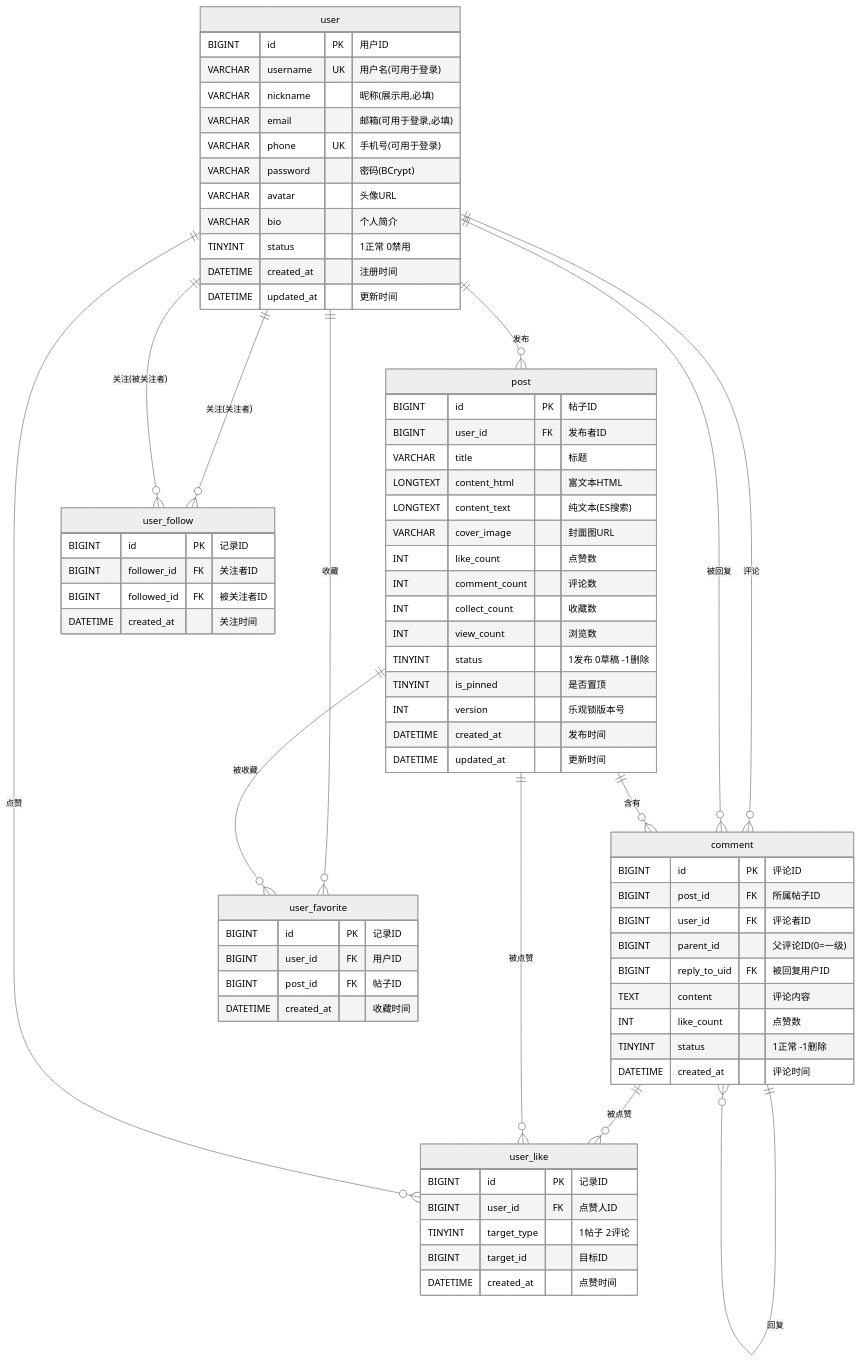
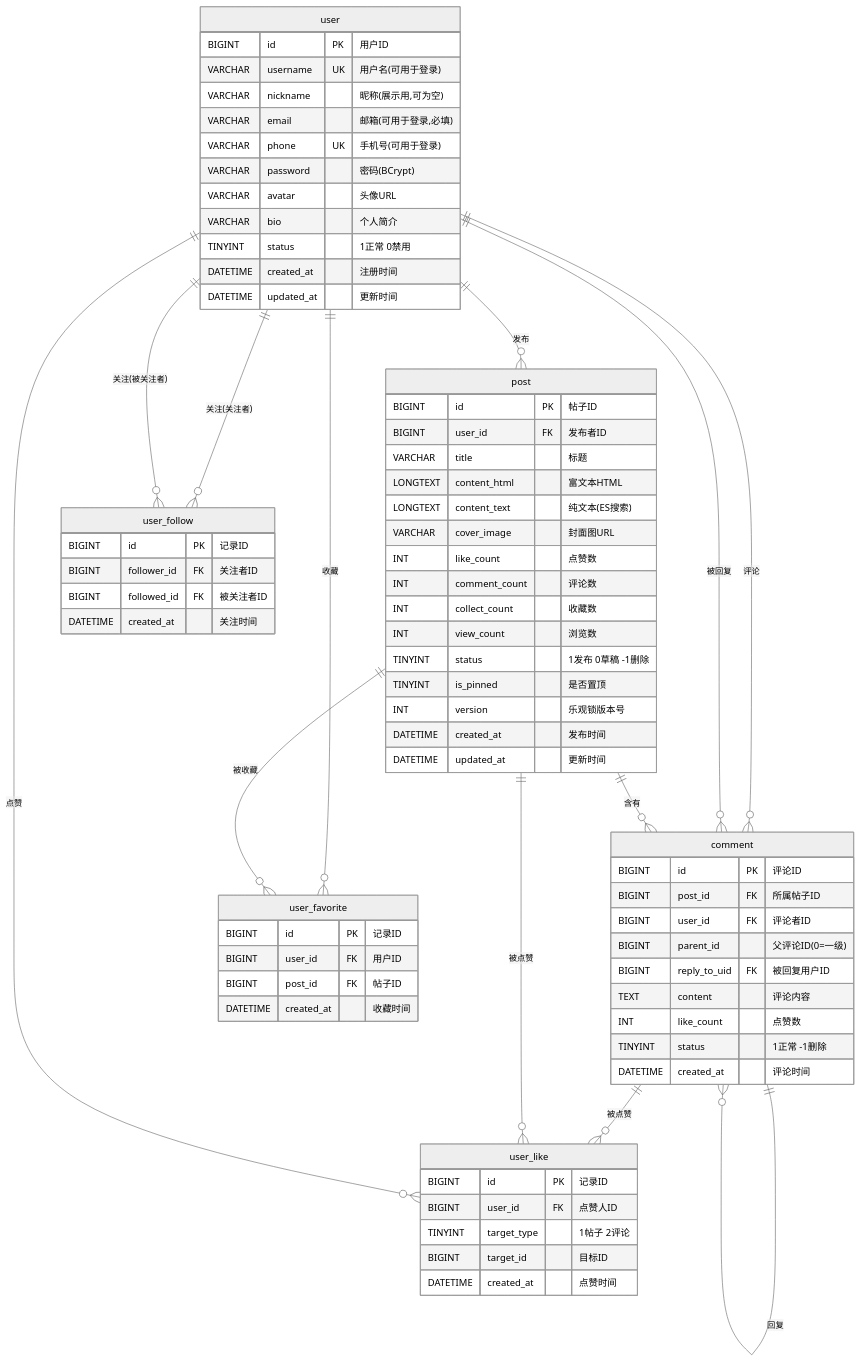
The diagram in docs/03-database-design.md (taciturn-hg/EchoSpace), drawn with Mermaid (neutral theme) before and after one commit. The commit also changed other lines of this file and 13 other files, not shown here.

````diff
--- a/docs/03-database-design.md
+++ b/docs/03-database-design.md
@@ -223,81 +223,81 @@
 ```mermaid
 erDiagram
     user ||--o{ post : "发布"
     user ||--o{ comment : "评论"
     user ||--o{ user_favorite : "收藏"
     user ||--o{ user_follow : "关注(关注者)"
     user ||--o{ user_follow : "关注(被关注者)"
     user ||--o{ comment : "被回复"
     post ||--o{ comment : "含有"
     post ||--o{ user_favorite : "被收藏"
     comment ||--o{ comment : "回复"
     comment ||--o{ user_like : "被点赞"
     post ||--o{ user_like : "被点赞"
     user ||--o{ user_like : "点赞"
 
     user {
         BIGINT id PK "用户ID"
         VARCHAR username UK "用户名(可用于登录)"
-        VARCHAR nickname "昵称(展示用,必填)"
+        VARCHAR nickname "昵称(展示用,可为空)"
         VARCHAR email "邮箱(可用于登录,必填)"
         VARCHAR phone UK "手机号(可用于登录)"
         VARCHAR password "密码(BCrypt)"
         VARCHAR avatar "头像URL"
         VARCHAR bio "个人简介"
         TINYINT status "1正常 0禁用"
         DATETIME created_at "注册时间"
         DATETIME updated_at "更新时间"
     }
 
     post {
         BIGINT id PK "帖子ID"
         BIGINT user_id FK "发布者ID"
         VARCHAR title "标题"
         LONGTEXT content_html "富文本HTML"
         LONGTEXT content_text "纯文本(ES搜索)"
         VARCHAR cover_image "封面图URL"
         INT like_count "点赞数"
         INT comment_count "评论数"
         INT collect_count "收藏数"
         INT view_count "浏览数"
         TINYINT status "1发布 0草稿 -1删除"
         TINYINT is_pinned "是否置顶"
         INT version "乐观锁版本号"
         DATETIME created_at "发布时间"
         DATETIME updated_at "更新时间"
     }
 
     comment {
         BIGINT id PK "评论ID"
         BIGINT post_id FK "所属帖子ID"
         BIGINT user_id FK "评论者ID"
         BIGINT parent_id "父评论ID(0=一级)"
         BIGINT reply_to_uid FK "被回复用户ID"
         TEXT content "评论内容"
         INT like_count "点赞数"
         TINYINT status "1正常 -1删除"
         DATETIME created_at "评论时间"
     }
 
     user_like {
         BIGINT id PK "记录ID"
         BIGINT user_id FK "点赞人ID"
         TINYINT target_type "1帖子 2评论"
         BIGINT target_id "目标ID"
         DATETIME created_at "点赞时间"
     }
 
     user_favorite {
         BIGINT id PK "记录ID"
         BIGINT user_id FK "用户ID"
         BIGINT post_id FK "帖子ID"
         DATETIME created_at "收藏时间"
     }
 
     user_follow {
         BIGINT id PK "记录ID"
         BIGINT follower_id FK "关注者ID"
         BIGINT followed_id FK "被关注者ID"
         DATETIME created_at "关注时间"
     }
 ```
````
